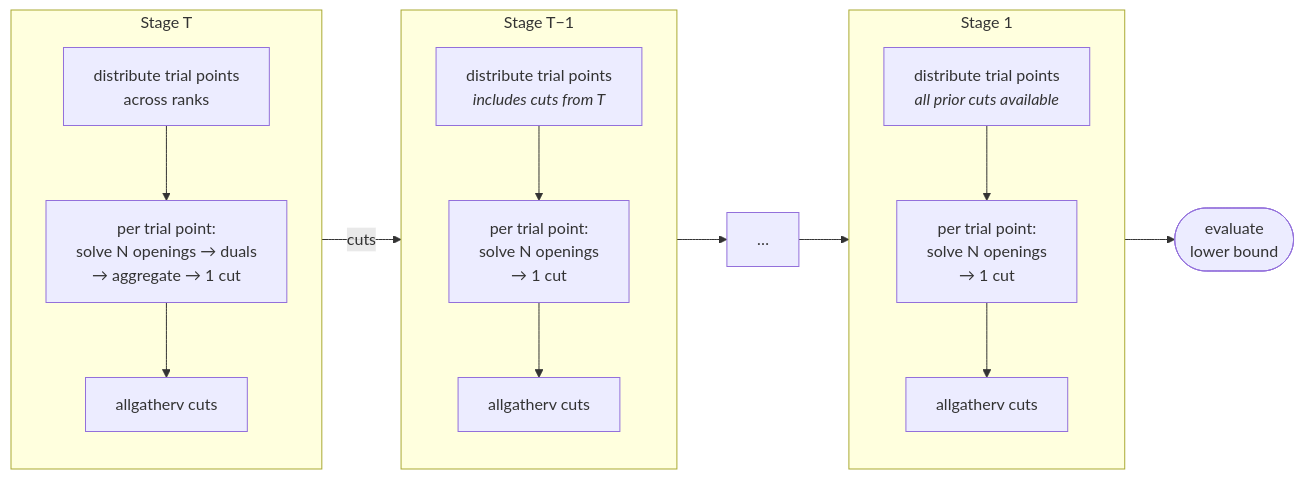
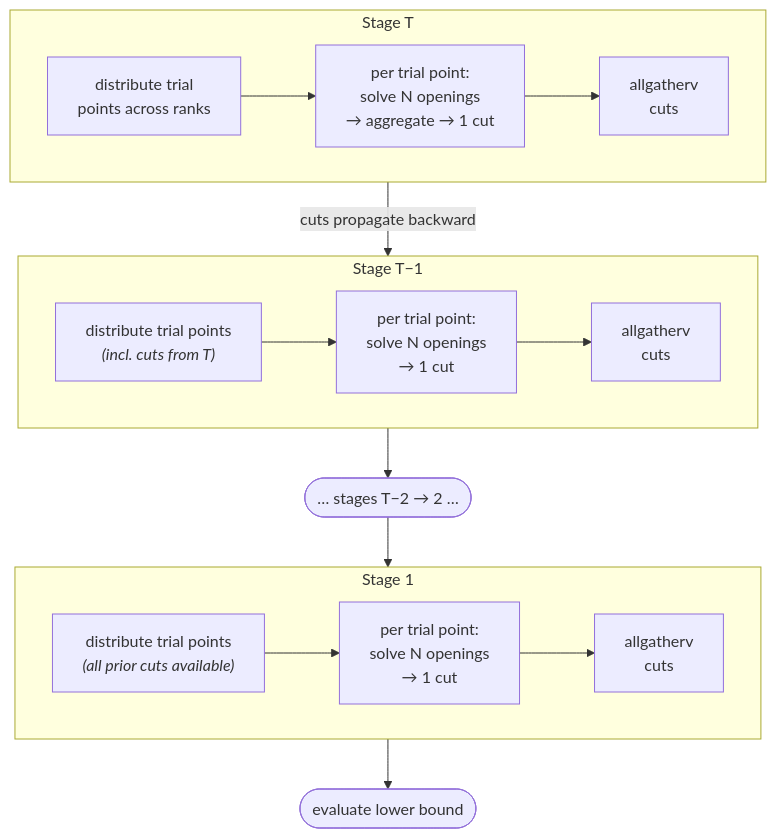
One commit to cobre-rs/cobre-docs changed the diagram in src/specs/hpc/work-distribution.md. Above: the diagram before and after it, drawn with Mermaid. The commit also changed 5 other files, not shown here.

````diff
--- a/src/specs/hpc/work-distribution.md
+++ b/src/specs/hpc/work-distribution.md
@@ -56,31 +56,31 @@
 ```mermaid
-flowchart LR
+flowchart TB
     subgraph sT ["Stage T"]
-        direction TB
-        dT["distribute trial points<br/>across ranks"]
-        wT["per trial point:<br/>solve N openings → duals<br/>→ aggregate → 1 cut"]
-        gT["allgatherv cuts"]
+        direction LR
+        dT["distribute trial<br/>points across ranks"]
+        wT["per trial point:<br/>solve N openings<br/>→ aggregate → 1 cut"]
+        gT["allgatherv<br/>cuts"]
         dT --> wT --> gT
     end
     subgraph sT1 ["Stage T−1"]
-        direction TB
-        dT1["distribute trial points<br/><i>includes cuts from T</i>"]
+        direction LR
+        dT1["distribute trial points<br/><i>(incl. cuts from T)</i>"]
         wT1["per trial point:<br/>solve N openings<br/>→ 1 cut"]
-        gT1["allgatherv cuts"]
+        gT1["allgatherv<br/>cuts"]
         dT1 --> wT1 --> gT1
     end
-    ELL["…"]
+    ELL(["… stages T−2 → 2 …"])
     subgraph s1 ["Stage 1"]
-        direction TB
-        d1["distribute trial points<br/><i>all prior cuts available</i>"]
+        direction LR
+        d1["distribute trial points<br/><i>(all prior cuts available)</i>"]
         w1["per trial point:<br/>solve N openings<br/>→ 1 cut"]
-        g1["allgatherv cuts"]
+        g1["allgatherv<br/>cuts"]
         d1 --> w1 --> g1
     end
-    LB(["evaluate<br/>lower bound"])
+    LB(["evaluate lower bound"])
 
-    gT -->|cuts| sT1
+    sT -->|cuts propagate backward| sT1
     sT1 --> ELL
     ELL --> s1
     s1 --> LB
 ```
````
